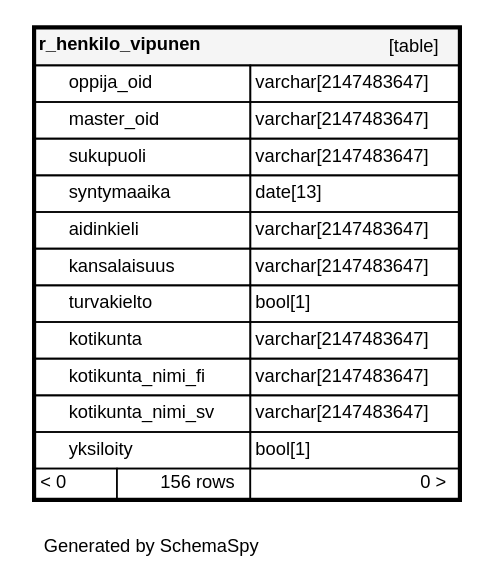
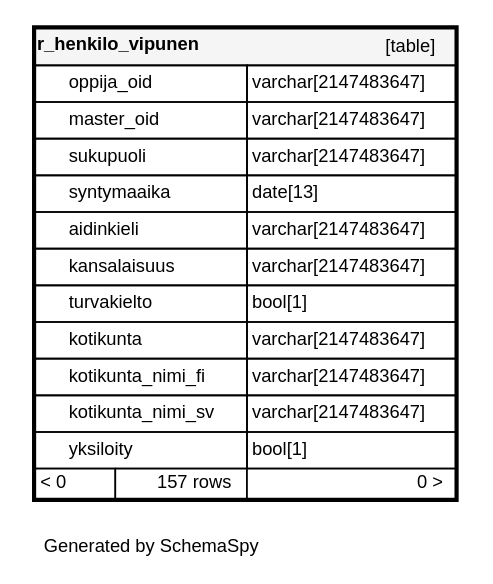
The diagram in documentation/tietokantaskeemat/koski-raportointikanta/diagrams/tables/r_henkilo_vipunen.1degree.dot (Opetushallitus/koski), drawn with Graphviz before and after one commit. The commit also changed 261 other files, not shown here.

```diff
--- a/documentation/tietokantaskeemat/koski-raportointikanta/diagrams/tables/r_henkilo_vipunen.1degree.dot
+++ b/documentation/tietokantaskeemat/koski-raportointikanta/diagrams/tables/r_henkilo_vipunen.1degree.dot
@@ -1,24 +1,24 @@
 digraph "oneDegreeRelationshipsDiagram" {
   graph [    rankdir="RL"    bgcolor="#ffffff"    label="\nGenerated by SchemaSpy"    labeljust="l"    nodesep="0.18"    ranksep="0.46"    fontname="Helvetica"    fontsize="11"    ration="compress"  ];  node [    fontname="Helvetica"    fontsize="11"    shape="plaintext"  ];  edge [    arrowsize="0.8"  ];
   "r_henkilo_vipunen" [
    label=<
     <TABLE BORDER="2" CELLBORDER="1" CELLSPACING="0" BGCOLOR="#ffffff">
-      <TR><TD COLSPAN="4"  BGCOLOR="#f5f5f5"><TABLE BORDER="0" CELLSPACING="0"><TR><TD ALIGN="LEFT" FIXEDSIZE="TRUE" WIDTH="108" HEIGHT="16"><B>r_henkilo_vipunen</B></TD><TD ALIGN="RIGHT">[table]</TD></TR></TABLE></TD></TR>
-      <TR><TD PORT="oppija_oid" COLSPAN="2" ALIGN="LEFT"><TABLE BORDER="0" CELLSPACING="0" ALIGN="LEFT"><TR ALIGN="LEFT"><TD ALIGN="LEFT" FIXEDSIZE="TRUE" WIDTH="15" HEIGHT="16"></TD><TD ALIGN="LEFT" FIXEDSIZE="TRUE" WIDTH="108" HEIGHT="16">oppija_oid</TD></TR></TABLE></TD><TD PORT="oppija_oid.type" ALIGN="LEFT">varchar[2147483647]</TD></TR>
-      <TR><TD PORT="master_oid" COLSPAN="2" ALIGN="LEFT"><TABLE BORDER="0" CELLSPACING="0" ALIGN="LEFT"><TR ALIGN="LEFT"><TD ALIGN="LEFT" FIXEDSIZE="TRUE" WIDTH="15" HEIGHT="16"></TD><TD ALIGN="LEFT" FIXEDSIZE="TRUE" WIDTH="108" HEIGHT="16">master_oid</TD></TR></TABLE></TD><TD PORT="master_oid.type" ALIGN="LEFT">varchar[2147483647]</TD></TR>
-      <TR><TD PORT="sukupuoli" COLSPAN="2" ALIGN="LEFT"><TABLE BORDER="0" CELLSPACING="0" ALIGN="LEFT"><TR ALIGN="LEFT"><TD ALIGN="LEFT" FIXEDSIZE="TRUE" WIDTH="15" HEIGHT="16"></TD><TD ALIGN="LEFT" FIXEDSIZE="TRUE" WIDTH="108" HEIGHT="16">sukupuoli</TD></TR></TABLE></TD><TD PORT="sukupuoli.type" ALIGN="LEFT">varchar[2147483647]</TD></TR>
-      <TR><TD PORT="syntymaaika" COLSPAN="2" ALIGN="LEFT"><TABLE BORDER="0" CELLSPACING="0" ALIGN="LEFT"><TR ALIGN="LEFT"><TD ALIGN="LEFT" FIXEDSIZE="TRUE" WIDTH="15" HEIGHT="16"></TD><TD ALIGN="LEFT" FIXEDSIZE="TRUE" WIDTH="108" HEIGHT="16">syntymaaika</TD></TR></TABLE></TD><TD PORT="syntymaaika.type" ALIGN="LEFT">date[13]</TD></TR>
-      <TR><TD PORT="aidinkieli" COLSPAN="2" ALIGN="LEFT"><TABLE BORDER="0" CELLSPACING="0" ALIGN="LEFT"><TR ALIGN="LEFT"><TD ALIGN="LEFT" FIXEDSIZE="TRUE" WIDTH="15" HEIGHT="16"></TD><TD ALIGN="LEFT" FIXEDSIZE="TRUE" WIDTH="108" HEIGHT="16">aidinkieli</TD></TR></TABLE></TD><TD PORT="aidinkieli.type" ALIGN="LEFT">varchar[2147483647]</TD></TR>
-      <TR><TD PORT="kansalaisuus" COLSPAN="2" ALIGN="LEFT"><TABLE BORDER="0" CELLSPACING="0" ALIGN="LEFT"><TR ALIGN="LEFT"><TD ALIGN="LEFT" FIXEDSIZE="TRUE" WIDTH="15" HEIGHT="16"></TD><TD ALIGN="LEFT" FIXEDSIZE="TRUE" WIDTH="108" HEIGHT="16">kansalaisuus</TD></TR></TABLE></TD><TD PORT="kansalaisuus.type" ALIGN="LEFT">varchar[2147483647]</TD></TR>
-      <TR><TD PORT="turvakielto" COLSPAN="2" ALIGN="LEFT"><TABLE BORDER="0" CELLSPACING="0" ALIGN="LEFT"><TR ALIGN="LEFT"><TD ALIGN="LEFT" FIXEDSIZE="TRUE" WIDTH="15" HEIGHT="16"></TD><TD ALIGN="LEFT" FIXEDSIZE="TRUE" WIDTH="108" HEIGHT="16">turvakielto</TD></TR></TABLE></TD><TD PORT="turvakielto.type" ALIGN="LEFT">bool[1]</TD></TR>
-      <TR><TD PORT="kotikunta" COLSPAN="2" ALIGN="LEFT"><TABLE BORDER="0" CELLSPACING="0" ALIGN="LEFT"><TR ALIGN="LEFT"><TD ALIGN="LEFT" FIXEDSIZE="TRUE" WIDTH="15" HEIGHT="16"></TD><TD ALIGN="LEFT" FIXEDSIZE="TRUE" WIDTH="108" HEIGHT="16">kotikunta</TD></TR></TABLE></TD><TD PORT="kotikunta.type" ALIGN="LEFT">varchar[2147483647]</TD></TR>
-      <TR><TD PORT="kotikunta_nimi_fi" COLSPAN="2" ALIGN="LEFT"><TABLE BORDER="0" CELLSPACING="0" ALIGN="LEFT"><TR ALIGN="LEFT"><TD ALIGN="LEFT" FIXEDSIZE="TRUE" WIDTH="15" HEIGHT="16"></TD><TD ALIGN="LEFT" FIXEDSIZE="TRUE" WIDTH="108" HEIGHT="16">kotikunta_nimi_fi</TD></TR></TABLE></TD><TD PORT="kotikunta_nimi_fi.type" ALIGN="LEFT">varchar[2147483647]</TD></TR>
-      <TR><TD PORT="kotikunta_nimi_sv" COLSPAN="2" ALIGN="LEFT"><TABLE BORDER="0" CELLSPACING="0" ALIGN="LEFT"><TR ALIGN="LEFT"><TD ALIGN="LEFT" FIXEDSIZE="TRUE" WIDTH="15" HEIGHT="16"></TD><TD ALIGN="LEFT" FIXEDSIZE="TRUE" WIDTH="108" HEIGHT="16">kotikunta_nimi_sv</TD></TR></TABLE></TD><TD PORT="kotikunta_nimi_sv.type" ALIGN="LEFT">varchar[2147483647]</TD></TR>
-      <TR><TD PORT="yksiloity" COLSPAN="2" ALIGN="LEFT"><TABLE BORDER="0" CELLSPACING="0" ALIGN="LEFT"><TR ALIGN="LEFT"><TD ALIGN="LEFT" FIXEDSIZE="TRUE" WIDTH="15" HEIGHT="16"></TD><TD ALIGN="LEFT" FIXEDSIZE="TRUE" WIDTH="108" HEIGHT="16">yksiloity</TD></TR></TABLE></TD><TD PORT="yksiloity.type" ALIGN="LEFT">bool[1]</TD></TR>
-      <TR><TD ALIGN="LEFT" BGCOLOR="#ffffff">&lt; 0</TD><TD ALIGN="RIGHT" BGCOLOR="#ffffff">156 rows</TD><TD ALIGN="RIGHT" BGCOLOR="#ffffff">0 &gt;</TD></TR>
+      <TR><TD COLSPAN="4"  BGCOLOR="#f5f5f5"><TABLE BORDER="0" CELLSPACING="0"><TR><TD ALIGN="LEFT" FIXEDSIZE="TRUE" WIDTH="106" HEIGHT="16"><B>r_henkilo_vipunen</B></TD><TD ALIGN="RIGHT">[table]</TD></TR></TABLE></TD></TR>
+      <TR><TD PORT="oppija_oid" COLSPAN="2" ALIGN="LEFT"><TABLE BORDER="0" CELLSPACING="0" ALIGN="LEFT"><TR ALIGN="LEFT"><TD ALIGN="LEFT" FIXEDSIZE="TRUE" WIDTH="15" HEIGHT="16"></TD><TD ALIGN="LEFT" FIXEDSIZE="TRUE" WIDTH="106" HEIGHT="16">oppija_oid</TD></TR></TABLE></TD><TD PORT="oppija_oid.type" ALIGN="LEFT">varchar[2147483647]</TD></TR>
+      <TR><TD PORT="master_oid" COLSPAN="2" ALIGN="LEFT"><TABLE BORDER="0" CELLSPACING="0" ALIGN="LEFT"><TR ALIGN="LEFT"><TD ALIGN="LEFT" FIXEDSIZE="TRUE" WIDTH="15" HEIGHT="16"></TD><TD ALIGN="LEFT" FIXEDSIZE="TRUE" WIDTH="106" HEIGHT="16">master_oid</TD></TR></TABLE></TD><TD PORT="master_oid.type" ALIGN="LEFT">varchar[2147483647]</TD></TR>
+      <TR><TD PORT="sukupuoli" COLSPAN="2" ALIGN="LEFT"><TABLE BORDER="0" CELLSPACING="0" ALIGN="LEFT"><TR ALIGN="LEFT"><TD ALIGN="LEFT" FIXEDSIZE="TRUE" WIDTH="15" HEIGHT="16"></TD><TD ALIGN="LEFT" FIXEDSIZE="TRUE" WIDTH="106" HEIGHT="16">sukupuoli</TD></TR></TABLE></TD><TD PORT="sukupuoli.type" ALIGN="LEFT">varchar[2147483647]</TD></TR>
+      <TR><TD PORT="syntymaaika" COLSPAN="2" ALIGN="LEFT"><TABLE BORDER="0" CELLSPACING="0" ALIGN="LEFT"><TR ALIGN="LEFT"><TD ALIGN="LEFT" FIXEDSIZE="TRUE" WIDTH="15" HEIGHT="16"></TD><TD ALIGN="LEFT" FIXEDSIZE="TRUE" WIDTH="106" HEIGHT="16">syntymaaika</TD></TR></TABLE></TD><TD PORT="syntymaaika.type" ALIGN="LEFT">date[13]</TD></TR>
+      <TR><TD PORT="aidinkieli" COLSPAN="2" ALIGN="LEFT"><TABLE BORDER="0" CELLSPACING="0" ALIGN="LEFT"><TR ALIGN="LEFT"><TD ALIGN="LEFT" FIXEDSIZE="TRUE" WIDTH="15" HEIGHT="16"></TD><TD ALIGN="LEFT" FIXEDSIZE="TRUE" WIDTH="106" HEIGHT="16">aidinkieli</TD></TR></TABLE></TD><TD PORT="aidinkieli.type" ALIGN="LEFT">varchar[2147483647]</TD></TR>
+      <TR><TD PORT="kansalaisuus" COLSPAN="2" ALIGN="LEFT"><TABLE BORDER="0" CELLSPACING="0" ALIGN="LEFT"><TR ALIGN="LEFT"><TD ALIGN="LEFT" FIXEDSIZE="TRUE" WIDTH="15" HEIGHT="16"></TD><TD ALIGN="LEFT" FIXEDSIZE="TRUE" WIDTH="106" HEIGHT="16">kansalaisuus</TD></TR></TABLE></TD><TD PORT="kansalaisuus.type" ALIGN="LEFT">varchar[2147483647]</TD></TR>
+      <TR><TD PORT="turvakielto" COLSPAN="2" ALIGN="LEFT"><TABLE BORDER="0" CELLSPACING="0" ALIGN="LEFT"><TR ALIGN="LEFT"><TD ALIGN="LEFT" FIXEDSIZE="TRUE" WIDTH="15" HEIGHT="16"></TD><TD ALIGN="LEFT" FIXEDSIZE="TRUE" WIDTH="106" HEIGHT="16">turvakielto</TD></TR></TABLE></TD><TD PORT="turvakielto.type" ALIGN="LEFT">bool[1]</TD></TR>
+      <TR><TD PORT="kotikunta" COLSPAN="2" ALIGN="LEFT"><TABLE BORDER="0" CELLSPACING="0" ALIGN="LEFT"><TR ALIGN="LEFT"><TD ALIGN="LEFT" FIXEDSIZE="TRUE" WIDTH="15" HEIGHT="16"></TD><TD ALIGN="LEFT" FIXEDSIZE="TRUE" WIDTH="106" HEIGHT="16">kotikunta</TD></TR></TABLE></TD><TD PORT="kotikunta.type" ALIGN="LEFT">varchar[2147483647]</TD></TR>
+      <TR><TD PORT="kotikunta_nimi_fi" COLSPAN="2" ALIGN="LEFT"><TABLE BORDER="0" CELLSPACING="0" ALIGN="LEFT"><TR ALIGN="LEFT"><TD ALIGN="LEFT" FIXEDSIZE="TRUE" WIDTH="15" HEIGHT="16"></TD><TD ALIGN="LEFT" FIXEDSIZE="TRUE" WIDTH="106" HEIGHT="16">kotikunta_nimi_fi</TD></TR></TABLE></TD><TD PORT="kotikunta_nimi_fi.type" ALIGN="LEFT">varchar[2147483647]</TD></TR>
+      <TR><TD PORT="kotikunta_nimi_sv" COLSPAN="2" ALIGN="LEFT"><TABLE BORDER="0" CELLSPACING="0" ALIGN="LEFT"><TR ALIGN="LEFT"><TD ALIGN="LEFT" FIXEDSIZE="TRUE" WIDTH="15" HEIGHT="16"></TD><TD ALIGN="LEFT" FIXEDSIZE="TRUE" WIDTH="106" HEIGHT="16">kotikunta_nimi_sv</TD></TR></TABLE></TD><TD PORT="kotikunta_nimi_sv.type" ALIGN="LEFT">varchar[2147483647]</TD></TR>
+      <TR><TD PORT="yksiloity" COLSPAN="2" ALIGN="LEFT"><TABLE BORDER="0" CELLSPACING="0" ALIGN="LEFT"><TR ALIGN="LEFT"><TD ALIGN="LEFT" FIXEDSIZE="TRUE" WIDTH="15" HEIGHT="16"></TD><TD ALIGN="LEFT" FIXEDSIZE="TRUE" WIDTH="106" HEIGHT="16">yksiloity</TD></TR></TABLE></TD><TD PORT="yksiloity.type" ALIGN="LEFT">bool[1]</TD></TR>
+      <TR><TD ALIGN="LEFT" BGCOLOR="#ffffff">&lt; 0</TD><TD ALIGN="RIGHT" BGCOLOR="#ffffff">157 rows</TD><TD ALIGN="RIGHT" BGCOLOR="#ffffff">0 &gt;</TD></TR>
     </TABLE>>
     URL="../../tables/r_henkilo_vipunen.html"
     target="_top"
     tooltip="r_henkilo_vipunen"
   ];
 }
```
